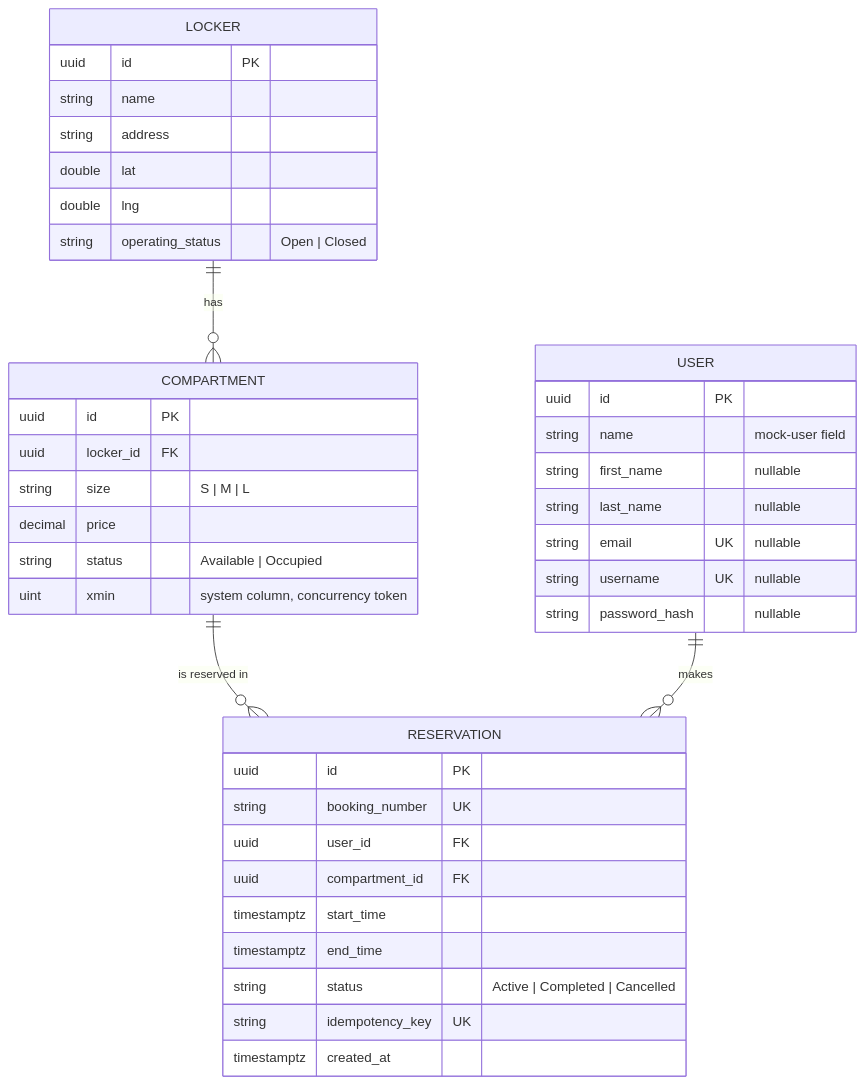
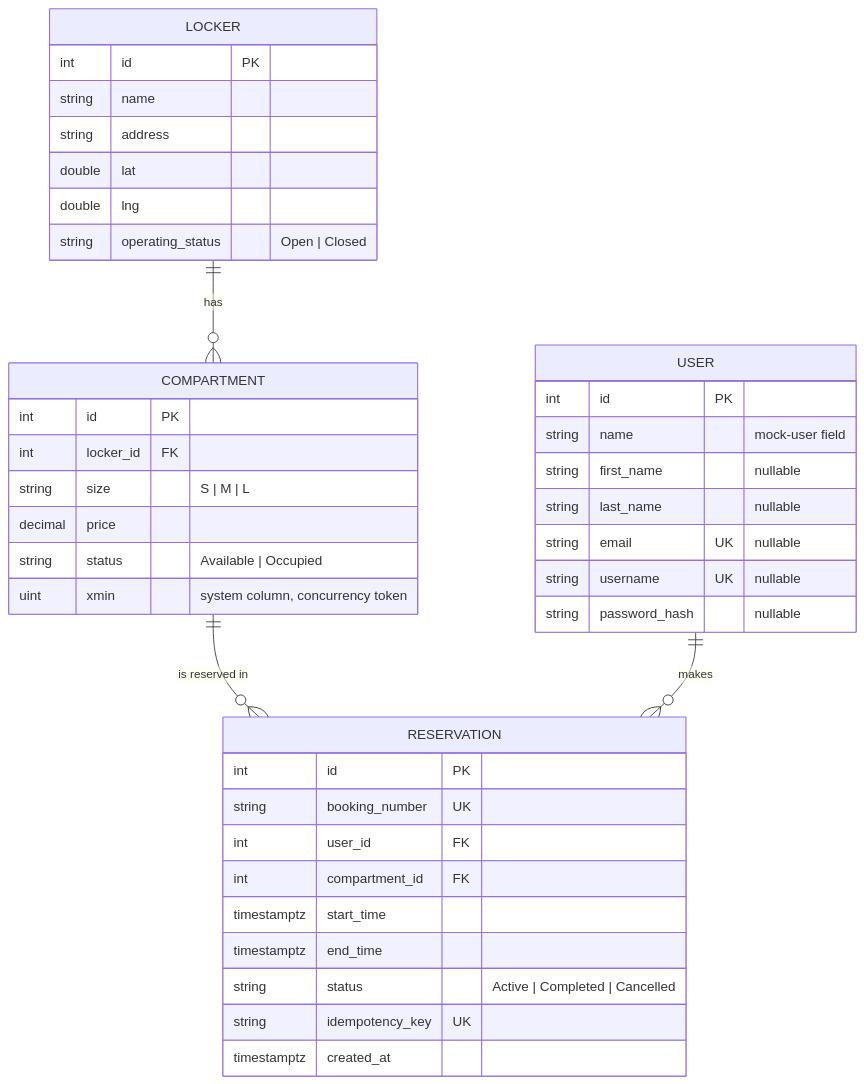
The diagram in deliverables/DATABASE.md (KrittametKhamtana/LockGo), drawn with Mermaid before and after one commit. The commit also changed other lines of this file and 45 other files, not shown here.

````diff
--- a/deliverables/DATABASE.md
+++ b/deliverables/DATABASE.md
@@ -10,43 +10,43 @@
 ```mermaid
 erDiagram
     LOCKER ||--o{ COMPARTMENT : has
     COMPARTMENT ||--o{ RESERVATION : "is reserved in"
     USER ||--o{ RESERVATION : makes
 
     LOCKER {
-        uuid id PK
+        int id PK
         string name
         string address
         double lat
         double lng
         string operating_status "Open | Closed"
     }
     COMPARTMENT {
-        uuid id PK
-        uuid locker_id FK
+        int id PK
+        int locker_id FK
         string size "S | M | L"
         decimal price
         string status "Available | Occupied"
         uint xmin "system column, concurrency token"
     }
     RESERVATION {
-        uuid id PK
+        int id PK
         string booking_number UK
-        uuid user_id FK
-        uuid compartment_id FK
+        int user_id FK
+        int compartment_id FK
         timestamptz start_time
         timestamptz end_time
         string status "Active | Completed | Cancelled"
         string idempotency_key UK
         timestamptz created_at
     }
     USER {
-        uuid id PK
+        int id PK
         string name "mock-user field"
         string first_name "nullable"
         string last_name "nullable"
         string email UK "nullable"
         string username UK "nullable"
         string password_hash "nullable"
     }
 ```
````
